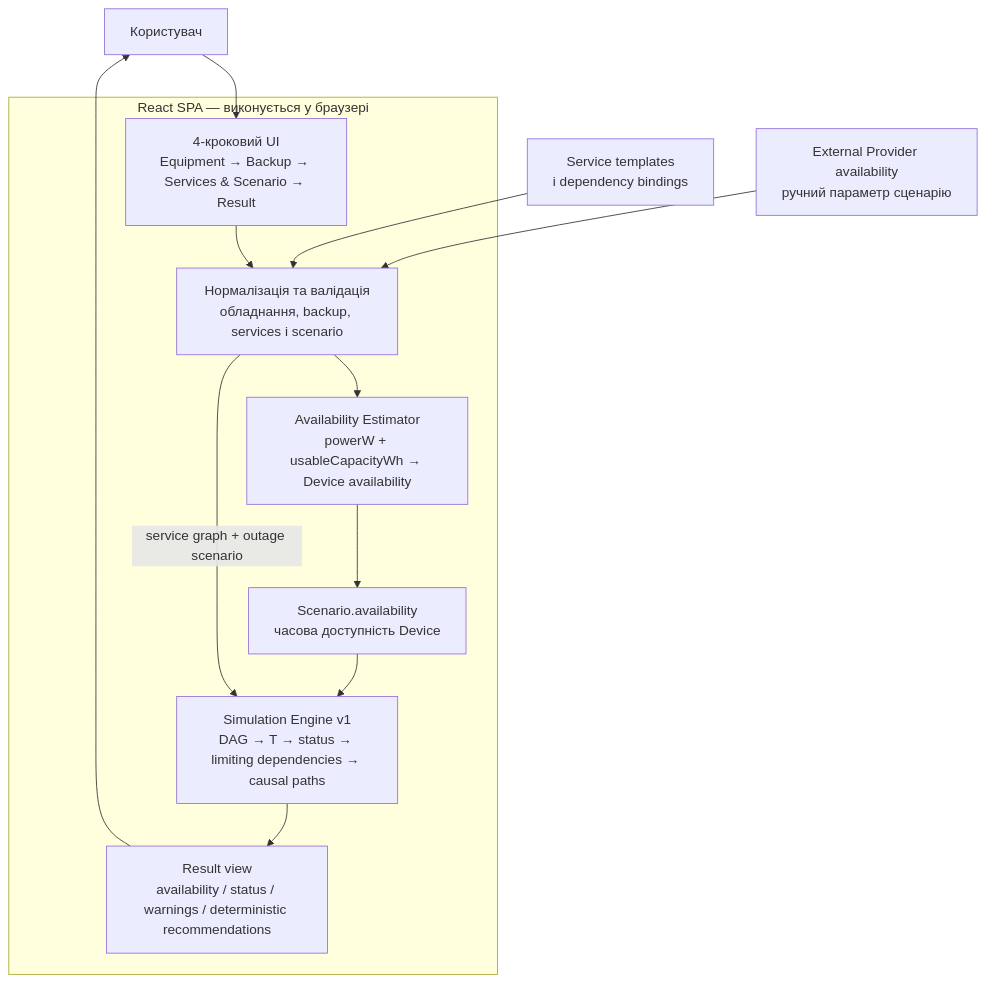
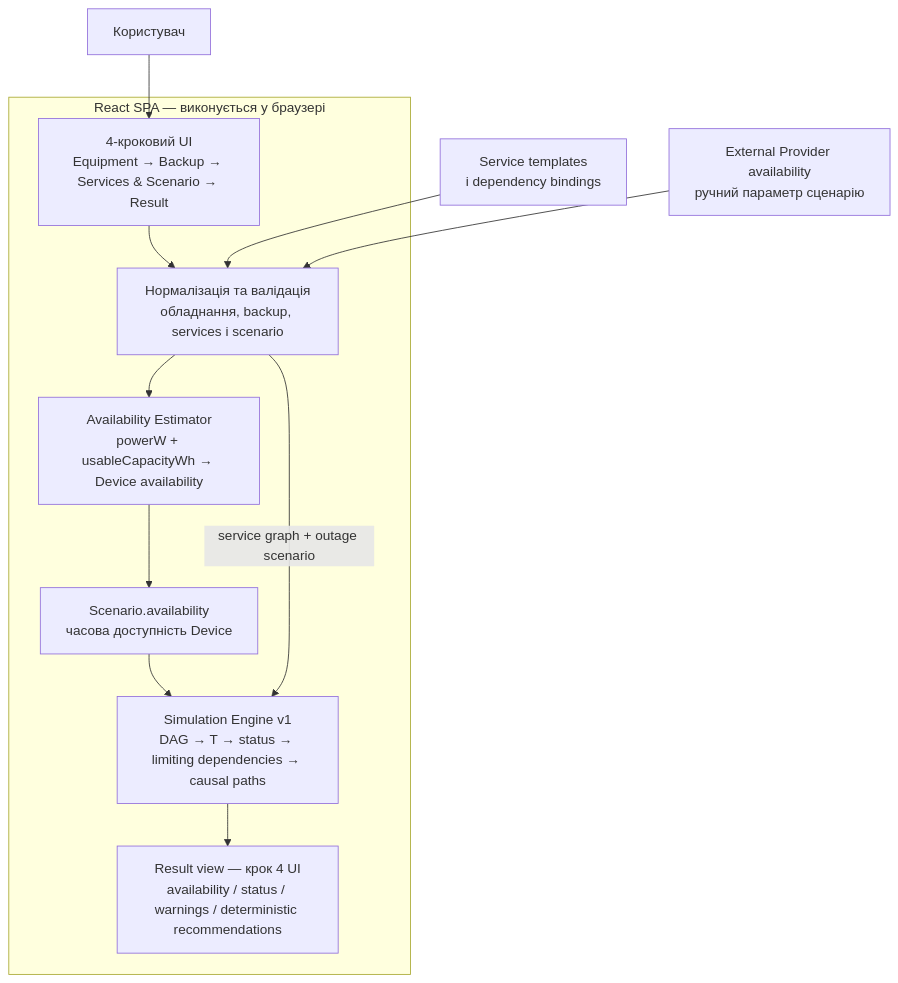
One commit to Serhii-Palamarchuk/capstone-household-service-availability changed the diagram in docs/diagrams/mvp-architecture.md. Above: the diagram before and after it, drawn with Mermaid. The commit also changed other lines of this file, not shown here.

Commit message:
docs: polish architecture markdown for thesis readability

````diff
--- a/docs/diagrams/mvp-architecture.md
+++ b/docs/diagrams/mvp-architecture.md
@@ -5,27 +5,26 @@
 ```mermaid
 flowchart TB
     U["Користувач"]
     ST["Service templates<br/>і dependency bindings"]
     EP["External Provider availability<br/>ручний параметр сценарію"]
 
     subgraph SPA["React SPA — виконується у браузері"]
         UI["4-кроковий UI<br/>Equipment → Backup → Services & Scenario → Result"]
         V["Нормалізація та валідація<br/>обладнання, backup, services і scenario"]
         AE["Availability Estimator<br/>powerW + usableCapacityWh → Device availability"]
         SA["Scenario.availability<br/>часова доступність Device"]
         SE["Simulation Engine v1<br/>DAG → T → status → limiting dependencies → causal paths"]
-        R["Result view<br/>availability / status / warnings / deterministic recommendations"]
+        R["Result view — крок 4 UI<br/>availability / status / warnings / deterministic recommendations"]
 
         UI --> V
         V --> AE
         AE --> SA
         SA --> SE
         V -->|service graph + outage scenario| SE
         SE --> R
     end
 
     U --> UI
-    R --> U
     ST --> V
     EP --> V
 ```
````
